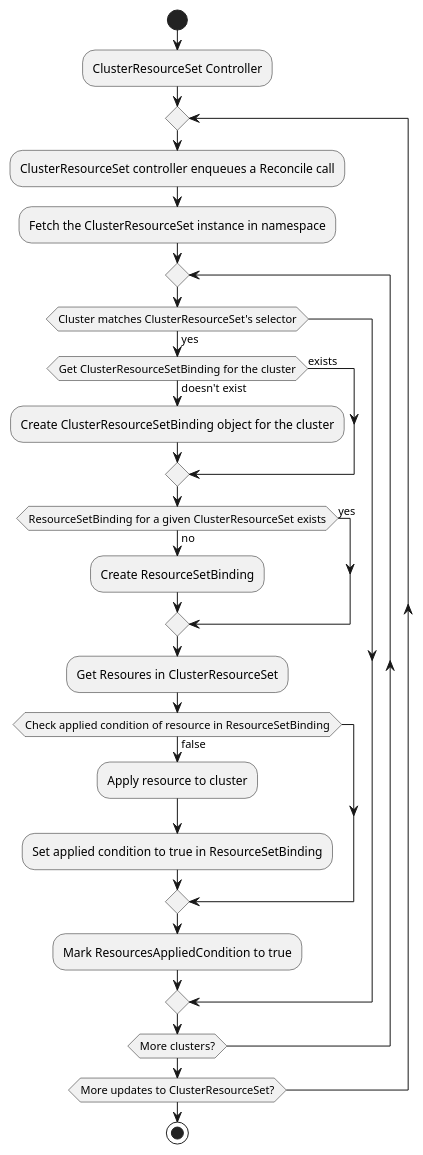
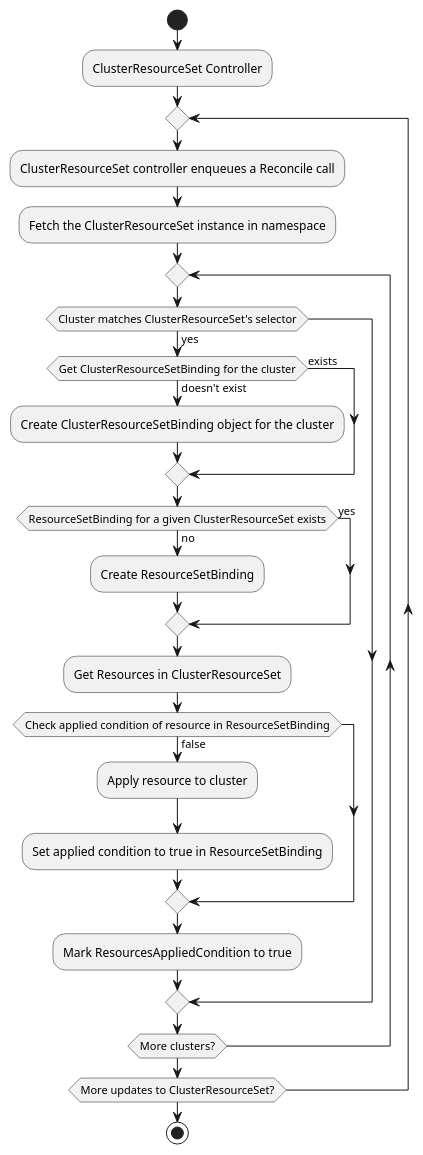
Before and after one commit to kubernetes-sigs/cluster-api: the diagram in docs/book/src/images/cluster-resource-set-controller.plantuml, drawn with PlantUML. The commit also changed 554 other files, not shown here.

```diff
--- a/docs/book/src/images/cluster-resource-set-controller.plantuml
+++ b/docs/book/src/images/cluster-resource-set-controller.plantuml
@@ -1,28 +1,28 @@
 @startuml
 !pragma useVerticalIf on
 start
 :ClusterResourceSet Controller;
 repeat
   :ClusterResourceSet controller enqueues a Reconcile call;
   :Fetch the ClusterResourceSet instance in namespace;
   repeat
     if (Cluster matches ClusterResourceSet's selector) then (yes)
       if (Get ClusterResourceSetBinding for the cluster) then (exists)
       else (doesn't exist)
          :Create ClusterResourceSetBinding object for the cluster;
       endif
       if (ResourceSetBinding for a given ClusterResourceSet exists) then (yes)
       else (no)
         :Create ResourceSetBinding;
       endif
-    :Get Resoures in ClusterResourceSet;
+    :Get Resources in ClusterResourceSet;
     if (Check applied condition of resource in ResourceSetBinding) then (false)
      :Apply resource to cluster;
      :Set applied condition to true in ResourceSetBinding;
     endif
     :Mark ResourcesAppliedCondition to true;
   endif
   repeat while (More clusters?)
 repeat while (More updates to ClusterResourceSet?)
 stop
 @enduml
```
